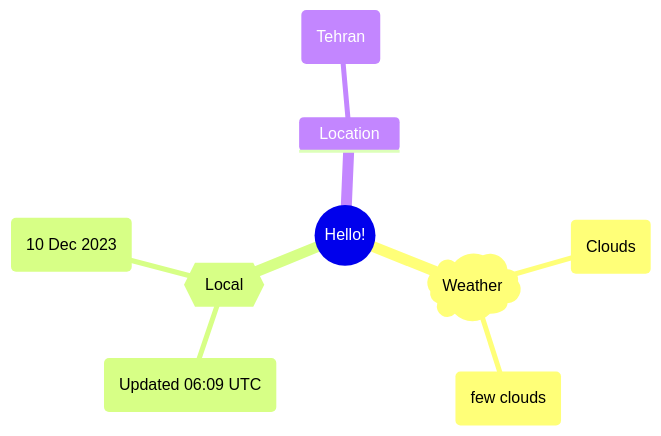
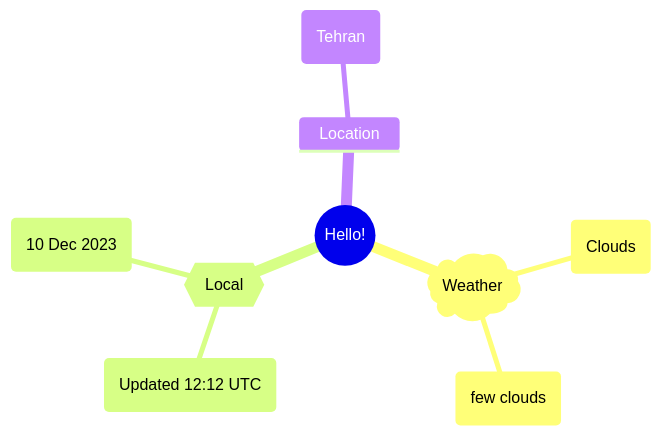
Before and after one commit to Xosrov/Xosrov: the first of 2 diagrams in README.md, drawn with Mermaid.

Commit message:
[bot] updated images

````diff
--- a/README.md
+++ b/README.md
@@ -3,12 +3,12 @@
 ```mermaid
 mindmap
   root((Hello!))
     )Weather(
         (Clouds)
         (few clouds)
     {{Local}}
-        (Updated 06:09 UTC)
+        (Updated 12:12 UTC)
         (10 Dec 2023)
     Location
         (Tehran)
 ```
````
